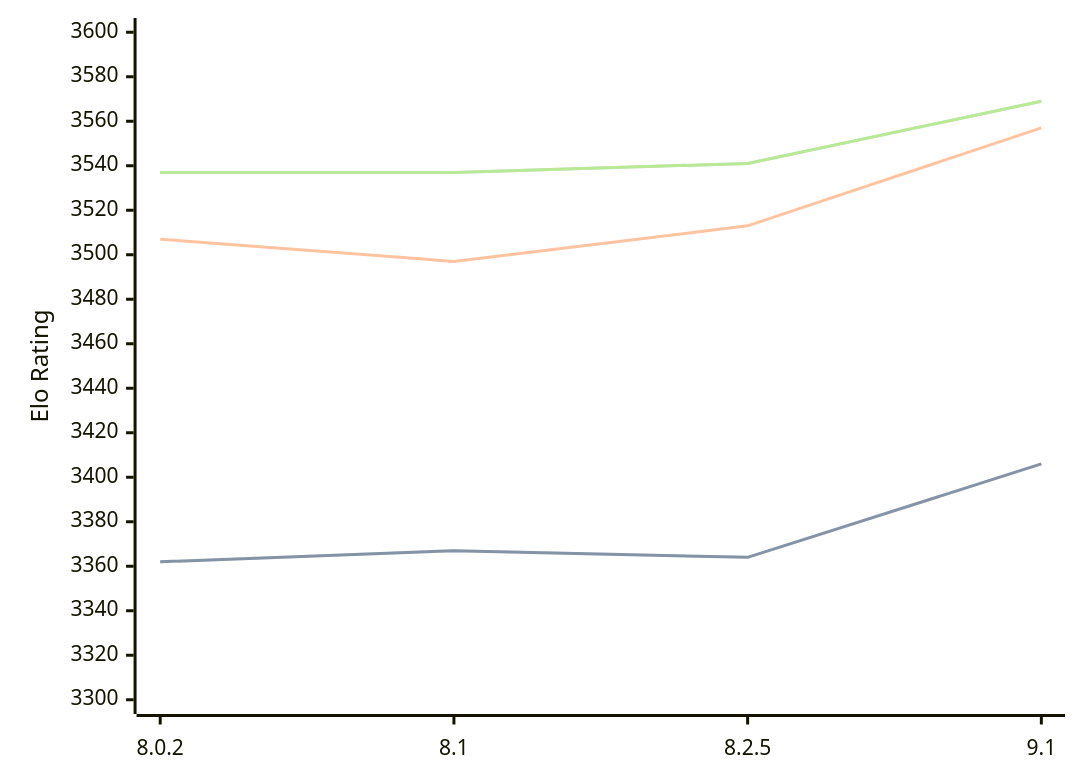
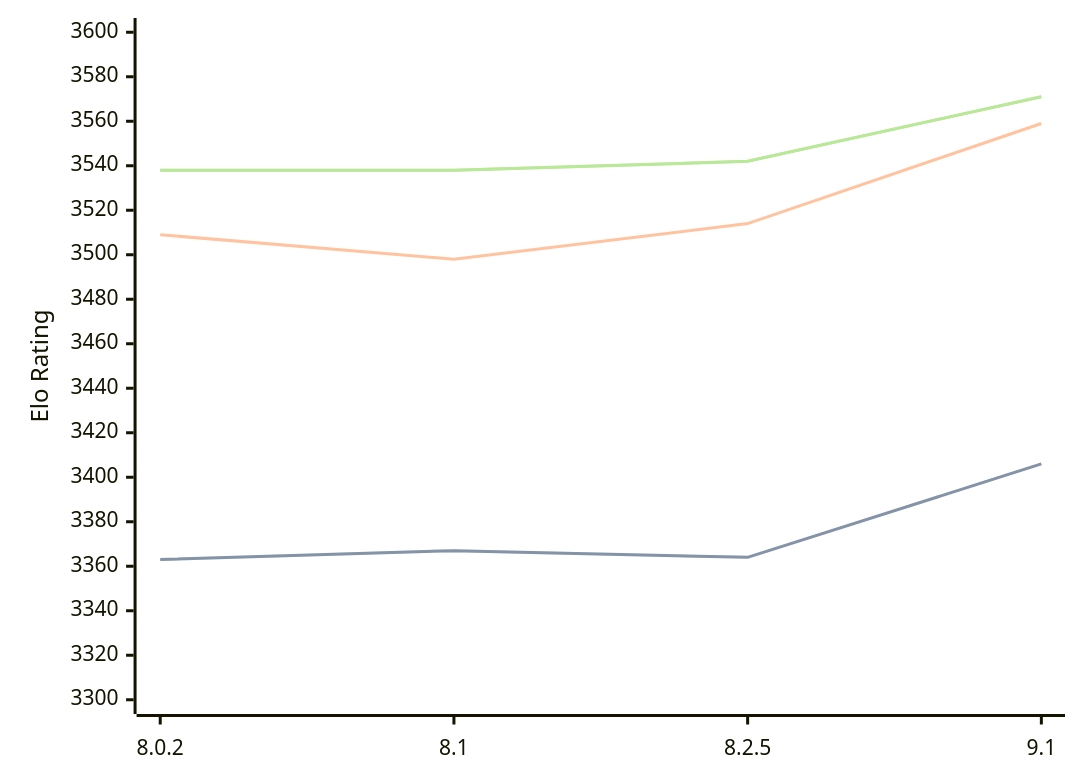
One commit to computer-chess-index/cci changed the diagram in engines/Clover.md. Above: the diagram before and after it, drawn with Mermaid. The commit also changed other lines of this file, not shown here.

Commit message:
Update CCI Ratings (ELO VLTC) - 2026-04-07

````diff
--- a/engines/Clover.md
+++ b/engines/Clover.md
@@ -64,11 +64,11 @@
 ```mermaid
 %%{init: {"theme":"base","themeVariables":{"seriesColors:['#a3a3a3','#222221','#faa371']}}}%%
 xychart-beta
   x-axis ["8.0.2", "8.1", "8.2.5", "9.1"]
   y-axis "Elo Rating" 3300 --> 3600
-  line "STC (8.0+0.08s)" [3362, 3367, 3364, 3406]
-  line "STC (8.0+0.08s)" [3362, 3367, 3364, 3406]
-  line "LTC (60.0+0.60s)" [3507, 3497, 3513, 3557]
-  line "VLTC (2m24s+1.12s)" [3537, 3537, 3541, 3569]
-  line "VLTC (2m24s+1.12s)" [3537, 3537, 3541, 3569]
+  line "STC (8.0+0.08s)" [3363, 3367, 3364, 3406]
+  line "STC (8.0+0.08s)" [3363, 3367, 3364, 3406]
+  line "LTC (60.0+0.60s)" [3509, 3498, 3514, 3559]
+  line "VLTC (2m24s+1.12s)" [3538, 3538, 3542, 3571]
+  line "VLTC (2m24s+1.12s)" [3538, 3538, 3542, 3571]
 ```
````
